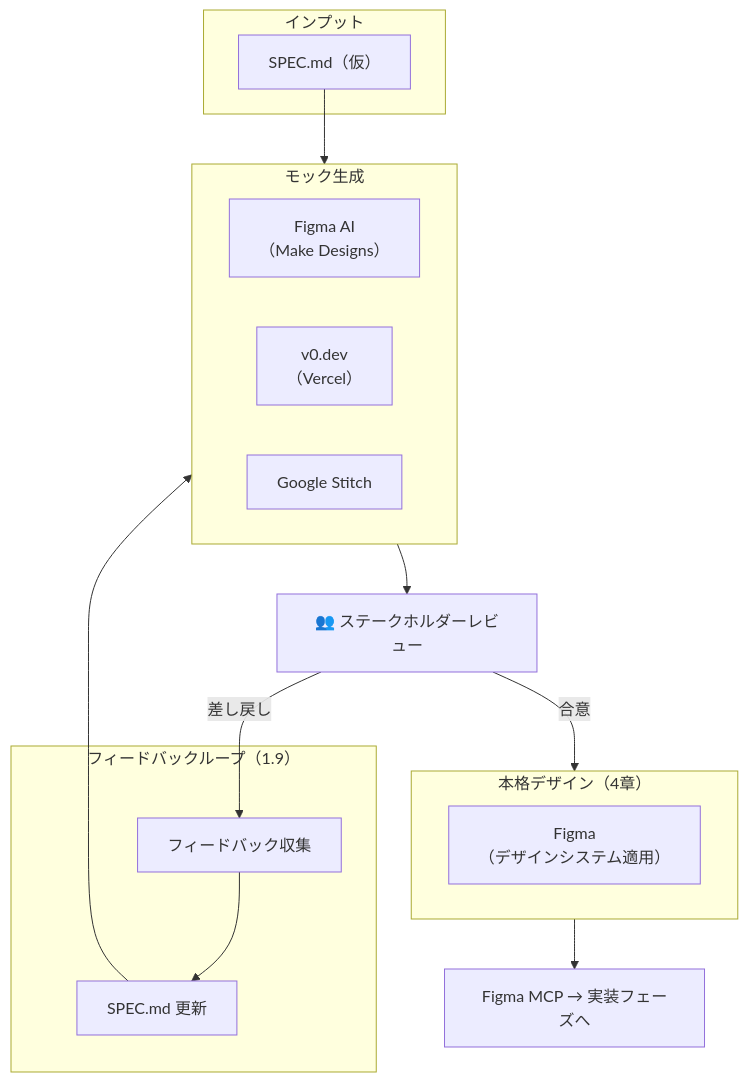
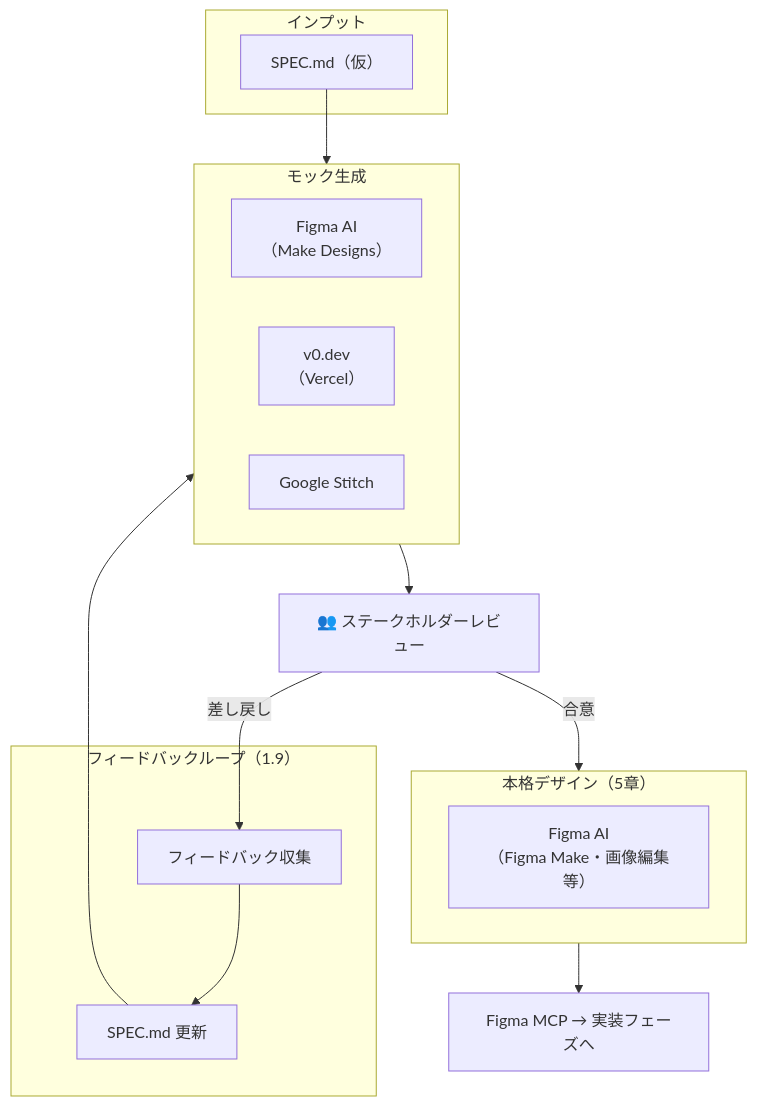
One commit to takuma39/ai changed diagram 13 of 38 in AI駆動開発.md. Above: the diagram before and after it, drawn with Mermaid. The commit also changed other lines of this file, not shown here.

````diff
--- a/AI駆動開発.md
+++ b/AI駆動開発.md
@@ -418,33 +418,33 @@
 ```mermaid
 graph TD
     subgraph input["インプット"]
         MD["SPEC.md（仮）"]
     end
 
     subgraph mock["モック生成"]
         FigmaAI["Figma AI<br/>（Make Designs）"]
         V0["v0.dev<br/>（Vercel）"]
         Stitch["Google Stitch"]
     end
 
     Review["👥 ステークホルダーレビュー"]
 
     subgraph loopbox["フィードバックループ（1.9）"]
         Feedback["フィードバック収集"]
         Update["SPEC.md 更新"]
     end
 
-    subgraph design["本格デザイン（4章）"]
-        Figma["Figma<br/>（デザインシステム適用）"]
+    subgraph design["本格デザイン（5章）"]
+        Figma["Figma AI<br/>（Figma Make・画像編集等）"]
     end
 
     FigmaMCP["Figma MCP → 実装フェーズへ"]
 
     MD --> mock
     mock --> Review
     Review -->|"差し戻し"| Feedback
     Feedback --> Update
     Update --> mock
     Review -->|"合意"| design
     design --> FigmaMCP
 ```
````
